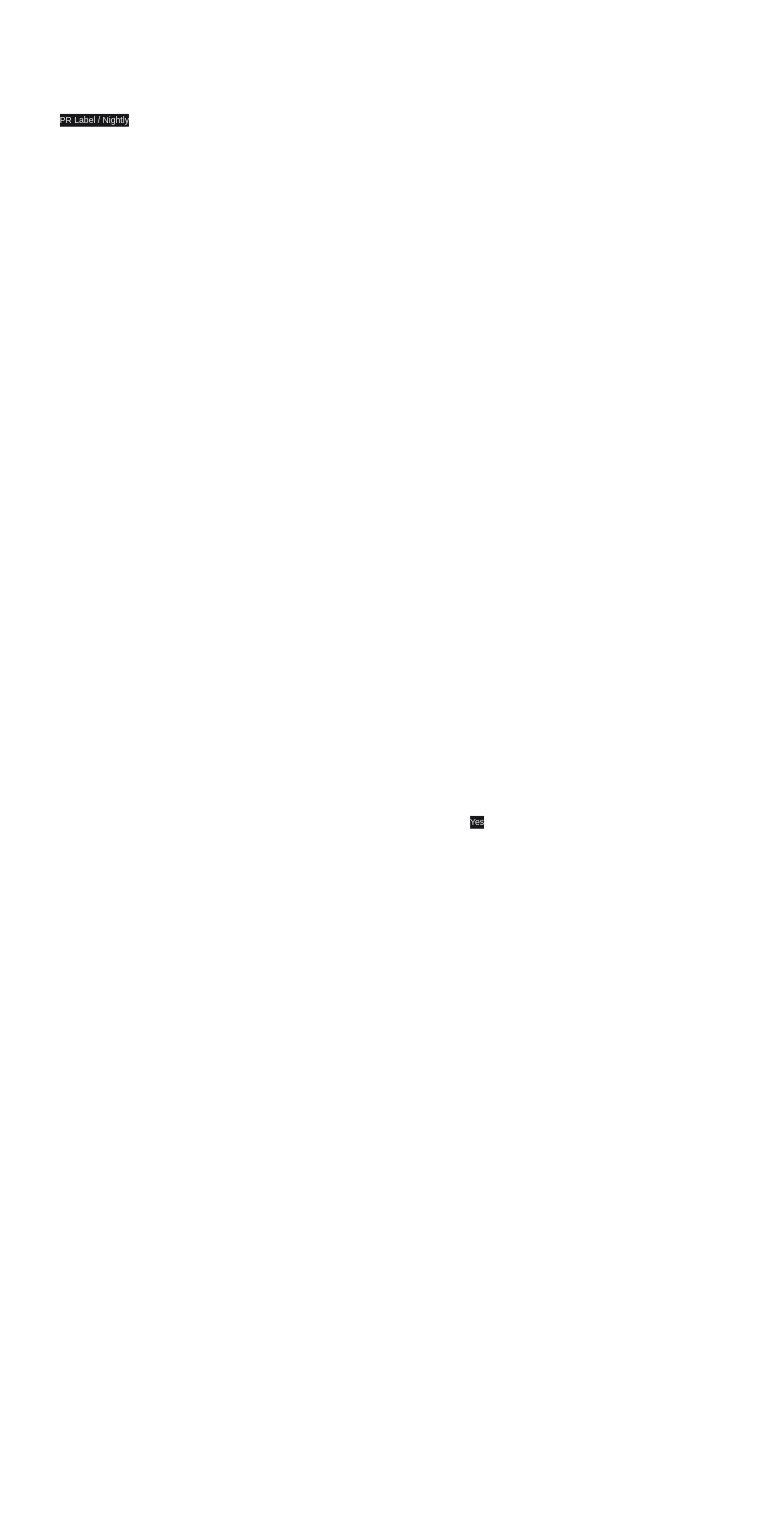
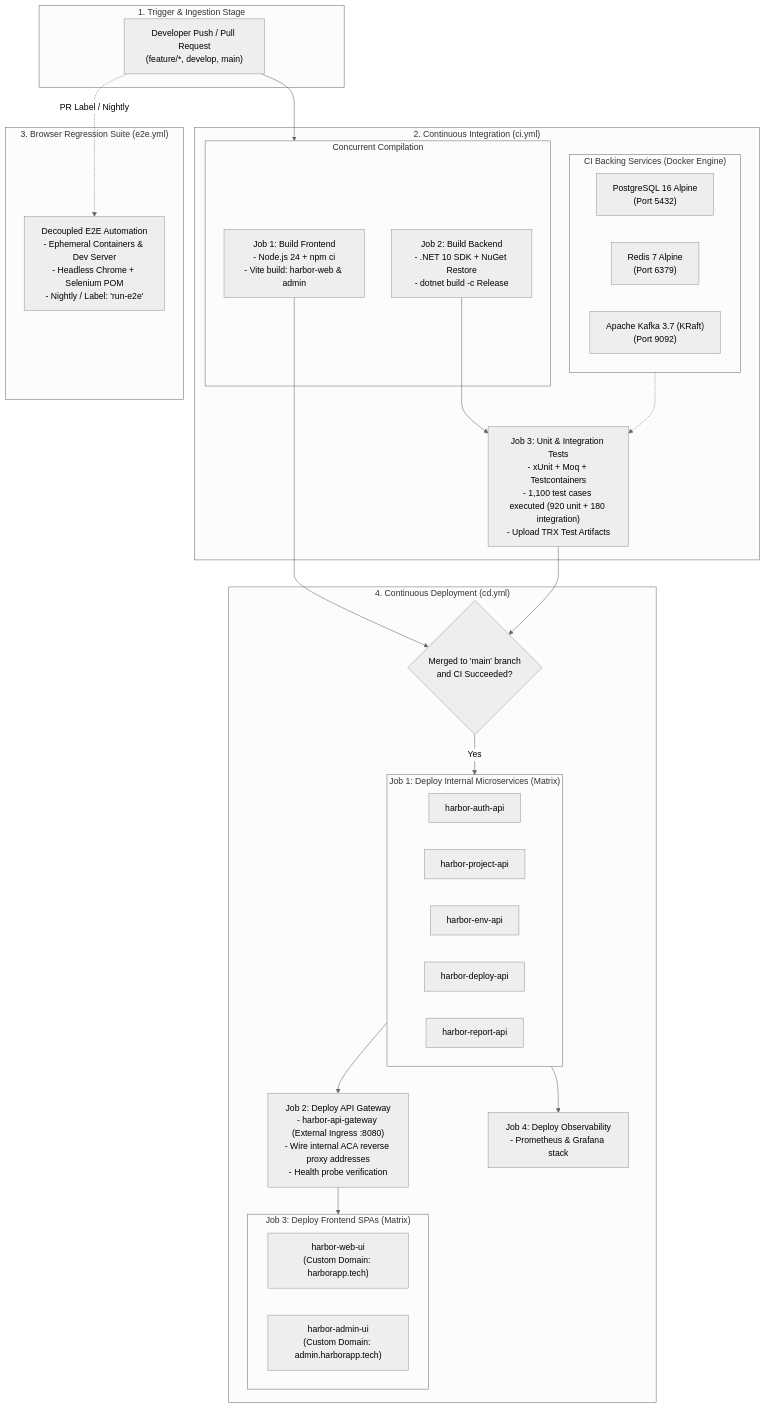
Before and after one commit to shanelperera-exe/harbor: the ninth of 11 diagrams in docs/FINAL_EVALUATION.md, drawn with Mermaid. The commit also changed other lines of this file, not shown here.

Commit message:
style(diagrams): use neutral black-and-white theme across all 11 Mermaid diagrams for light/dark mode compatibility

````diff
--- a/docs/FINAL_EVALUATION.md
+++ b/docs/FINAL_EVALUATION.md
@@ -1351,78 +1249,65 @@
 ```mermaid
 %%{init: {
-  'theme': 'base',
+  'theme': 'neutral',
   'themeVariables': {
-    'fontFamily': 'Courier New, monospace',
-    'darkMode': true,
-    'background': '#18181b',
-    'mainBkg': 'transparent',
-    'nodeBorder': '#ffffff',
-    'nodeTextColor': '#ffffff',
-    'lineColor': '#ffffff',
-    'edgeLabelBackground': '#18181b',
-    'clusterBkg': 'transparent',
-    'clusterBorder': '#ffffff',
-    'titleColor': '#ffffff',
-    'textColor': '#ffffff'
+    'fontFamily': 'Courier New, monospace'
   }
 }}%%
 flowchart TD
-    classDef box fill:transparent,stroke:#ffffff,stroke-width:1.5px,color:#ffffff,font-family:Courier New, monospace;
-
     subgraph TriggerStage["1. Trigger & Ingestion Stage"]
-        DevPush["Developer Push / Pull Request\n(feature/*, develop, main)"]:::box
+        DevPush["Developer Push / Pull Request\n(feature/*, develop, main)"]
     end
 
     subgraph CIStage["2. Continuous Integration (ci.yml)"]
         subgraph ParallelBuild["Concurrent Compilation"]
-            BuildFE["Job 1: Build Frontend\n- Node.js 24 + npm ci\n- Vite build: harbor-web & admin"]:::box
-            BuildBE["Job 2: Build Backend\n- .NET 10 SDK + NuGet Restore\n- dotnet build -c Release"]:::box
+            BuildFE["Job 1: Build Frontend\n- Node.js 24 + npm ci\n- Vite build: harbor-web & admin"]
+            BuildBE["Job 2: Build Backend\n- .NET 10 SDK + NuGet Restore\n- dotnet build -c Release"]
         end
 
         subgraph ServiceContainers["CI Backing Services (Docker Engine)"]
-            PG_CI["PostgreSQL 16 Alpine\n(Port 5432)"]:::box
-            Redis_CI["Redis 7 Alpine\n(Port 6379)"]:::box
-            Kafka_CI["Apache Kafka 3.7 (KRaft)\n(Port 9092)"]:::box
+            PG_CI["PostgreSQL 16 Alpine\n(Port 5432)"]
+            Redis_CI["Redis 7 Alpine\n(Port 6379)"]
+            Kafka_CI["Apache Kafka 3.7 (KRaft)\n(Port 9092)"]
         end
 
-        JobTest["Job 3: Unit & Integration Tests\n- xUnit + Moq + Testcontainers\n- 1,100 test cases executed (920 unit + 180 integration)\n- Upload TRX Test Artifacts"]:::box
+        JobTest["Job 3: Unit & Integration Tests\n- xUnit + Moq + Testcontainers\n- 1,100 test cases executed (920 unit + 180 integration)\n- Upload TRX Test Artifacts"]
     end
 
     subgraph E2EStage["3. Browser Regression Suite (e2e.yml)"]
-        SeleniumE2E["Decoupled E2E Automation\n- Ephemeral Containers & Dev Server\n- Headless Chrome + Selenium POM\n- Nightly / Label: 'run-e2e'"]:::box
+        SeleniumE2E["Decoupled E2E Automation\n- Ephemeral Containers & Dev Server\n- Headless Chrome + Selenium POM\n- Nightly / Label: 'run-e2e'"]
     end
 
     subgraph CDStage["4. Continuous Deployment (cd.yml)"]
-        MergeMain{"Merged to 'main' branch\nand CI Succeeded?"}:::box
+        MergeMain{"Merged to 'main' branch\nand CI Succeeded?"}
 
         subgraph DeployBackend["Job 1: Deploy Internal Microservices (Matrix)"]
-            DeployAuth["harbor-auth-api"]:::box
-            DeployProj["harbor-project-api"]:::box
-            DeployEnv["harbor-env-api"]:::box
-            DeployDep["harbor-deploy-api"]:::box
-            DeployRep["harbor-report-api"]:::box
+            DeployAuth["harbor-auth-api"]
+            DeployProj["harbor-project-api"]
+            DeployEnv["harbor-env-api"]
+            DeployDep["harbor-deploy-api"]
+            DeployRep["harbor-report-api"]
         end
 
-        JobGateway["Job 2: Deploy API Gateway\n- harbor-api-gateway (External Ingress :8080)\n- Wire internal ACA reverse proxy addresses\n- Health probe verification"]:::box
+        JobGateway["Job 2: Deploy API Gateway\n- harbor-api-gateway (External Ingress :8080)\n- Wire internal ACA reverse proxy addresses\n- Health probe verification"]
 
         subgraph DeployFrontends["Job 3: Deploy Frontend SPAs (Matrix)"]
-            DeployWebUI["harbor-web-ui\n(Custom Domain: harborapp.tech)"]:::box
-            DeployAdminUI["harbor-admin-ui\n(Custom Domain: admin.harborapp.tech)"]:::box
+            DeployWebUI["harbor-web-ui\n(Custom Domain: harborapp.tech)"]
+            DeployAdminUI["harbor-admin-ui\n(Custom Domain: admin.harborapp.tech)"]
         end
 
-        JobObservability["Job 4: Deploy Observability\n- Prometheus & Grafana stack"]:::box
+        JobObservability["Job 4: Deploy Observability\n- Prometheus & Grafana stack"]
     end
 
     DevPush --> ParallelBuild
     BuildBE --> JobTest
     ServiceContainers -.-> JobTest
 
     DevPush -.->|PR Label / Nightly| SeleniumE2E
 
     BuildFE --> MergeMain
     JobTest --> MergeMain
     MergeMain -->|Yes| DeployBackend
     DeployBackend --> JobGateway
     JobGateway --> DeployFrontends
     DeployBackend --> JobObservability
 ```
````
